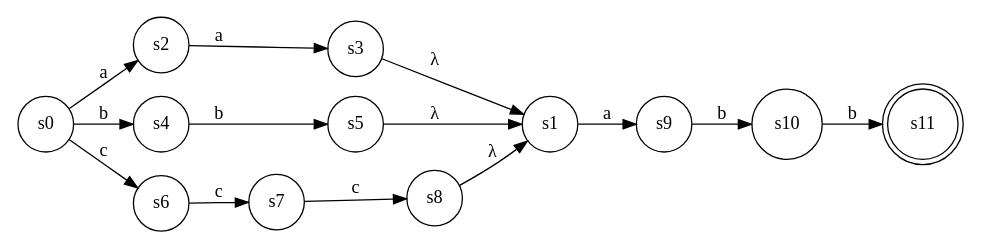
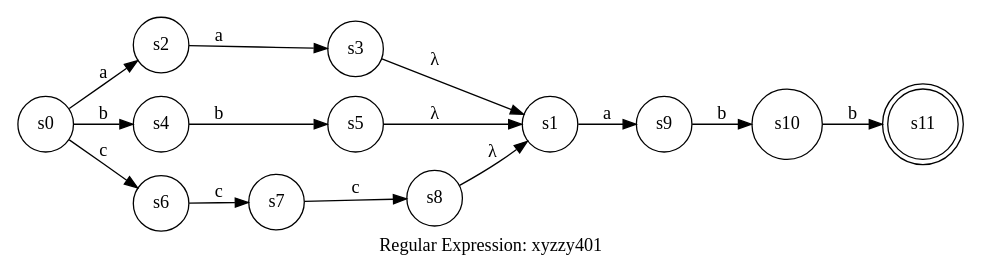
One commit to pschlump/lexie changed the diagram in ref/nfa_0017.gv. Above: the diagram before and after it, drawn with Graphviz. The commit also changed 98 other files, not shown here.

```diff
--- a/ref/nfa_0017.gv
+++ b/ref/nfa_0017.gv
@@ -1,19 +1,20 @@
 digraph finite_state_machine {
+	label="Regular Expression: xyzzy401";
 	rankdir=LR;
 	size="8,5"
 	node [shape = doublecircle]; s11;
 	node [shape = circle];
 	s0 -> s2 [ label = "a" ];
 	s0 -> s4 [ label = "b" ];
 	s0 -> s6 [ label = "c" ];
 	s1 -> s9 [ label = "a" ];
 	s2 -> s3 [ label = "a" ];
 	s3 -> s1 [ label = "λ" ];
 	s4 -> s5 [ label = "b" ];
 	s5 -> s1 [ label = "λ" ];
 	s6 -> s7 [ label = "c" ];
 	s7 -> s8 [ label = "c" ];
 	s8 -> s1 [ label = "λ" ];
 	s9 -> s10 [ label = "b" ];
 	s10 -> s11 [ label = "b" ];
 }
```
